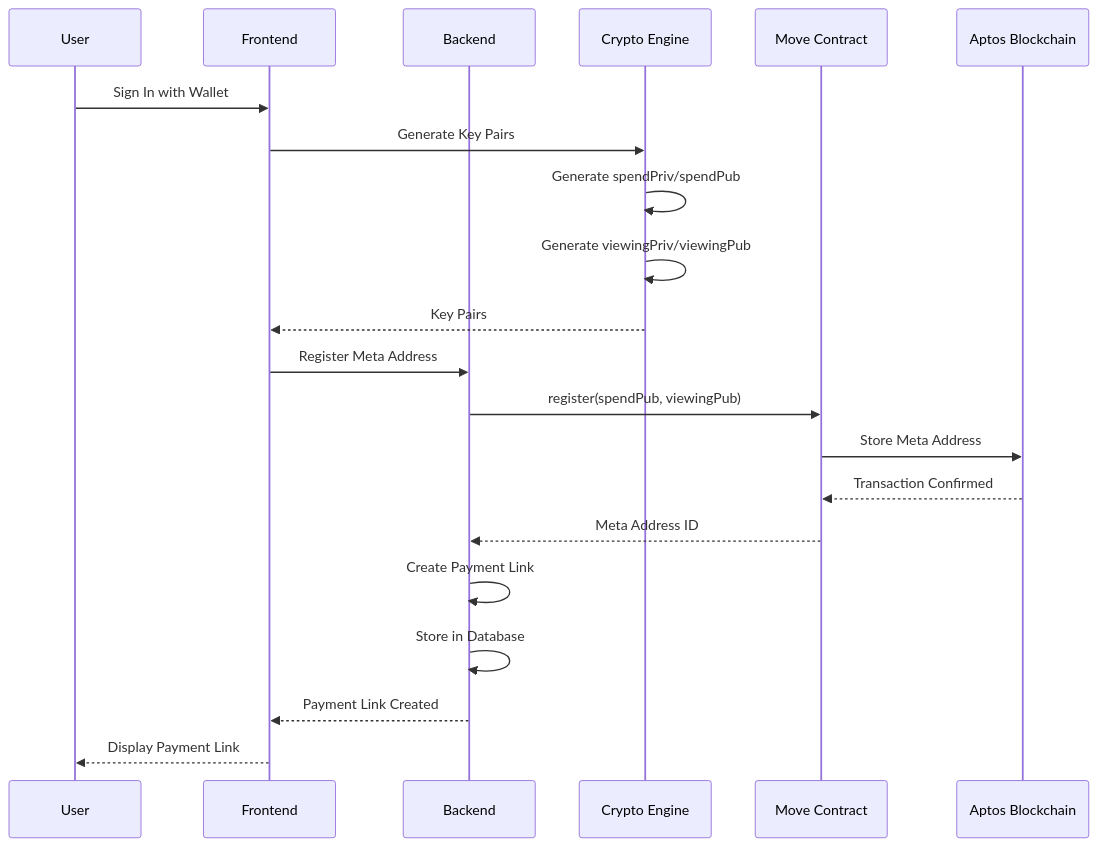
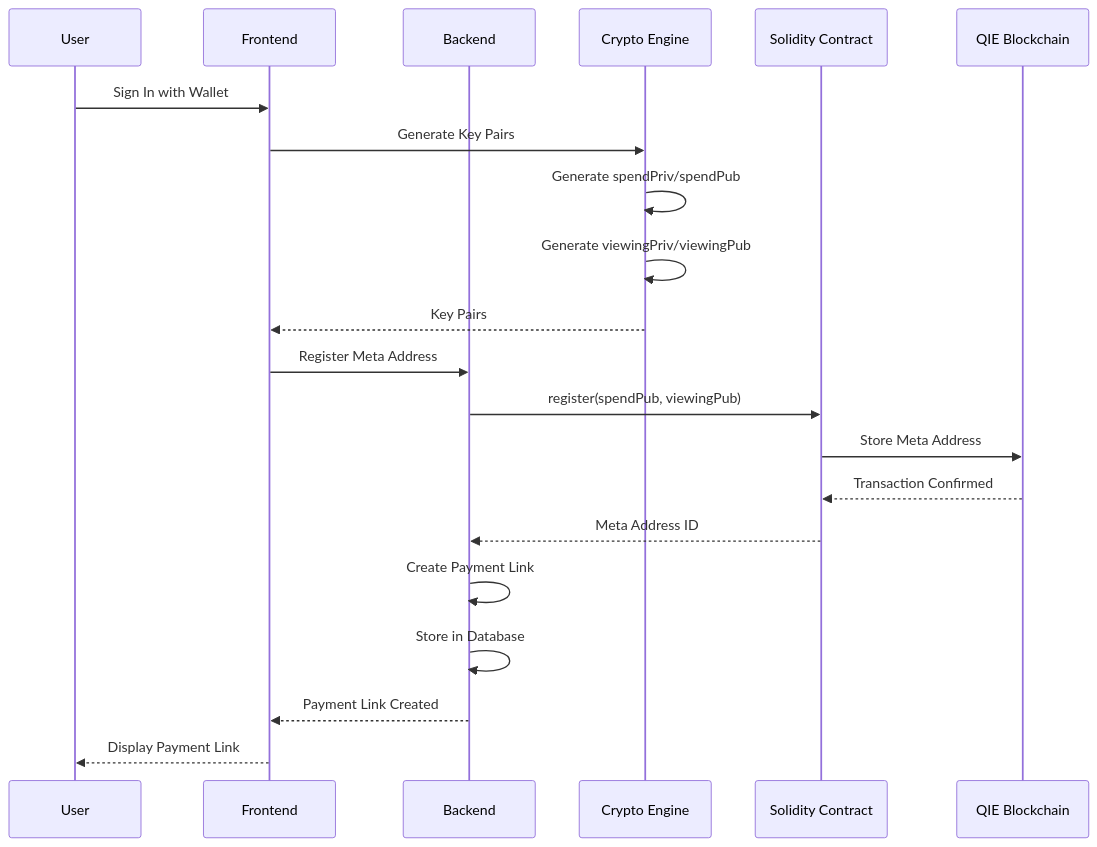
The sixth of 8 diagrams in README.md (AmaanSayyad/Private-Pay-QIE), drawn with Mermaid before and after one commit. The commit also changed other lines of this file and 24 other files, not shown here.

````diff
--- a/README.md
+++ b/README.md
@@ -471,26 +471,26 @@
 ```mermaid
 sequenceDiagram
     participant User
     participant Frontend
     participant Backend
     participant Crypto as Crypto Engine
-    participant Move as Move Contract
-    participant Aptos as Aptos Blockchain
+    participant Solidity as Solidity Contract
+    participant QIE as QIE Blockchain
     
     User->>Frontend: Sign In with Wallet
     Frontend->>Crypto: Generate Key Pairs
     Crypto->>Crypto: Generate spendPriv/spendPub
     Crypto->>Crypto: Generate viewingPriv/viewingPub
     Crypto-->>Frontend: Key Pairs
     
     Frontend->>Backend: Register Meta Address
-    Backend->>Move: register(spendPub, viewingPub)
-    Move->>Aptos: Store Meta Address
-    Aptos-->>Move: Transaction Confirmed
-    Move-->>Backend: Meta Address ID
+    Backend->>Solidity: register(spendPub, viewingPub)
+    Solidity->>QIE: Store Meta Address
+    QIE-->>Solidity: Transaction Confirmed
+    Solidity-->>Backend: Meta Address ID
     
     Backend->>Backend: Create Payment Link
     Backend->>Backend: Store in Database
     Backend-->>Frontend: Payment Link Created
     Frontend-->>User: Display Payment Link
 ```
````
